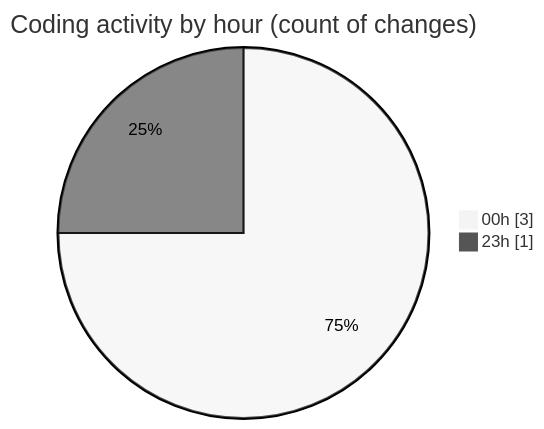
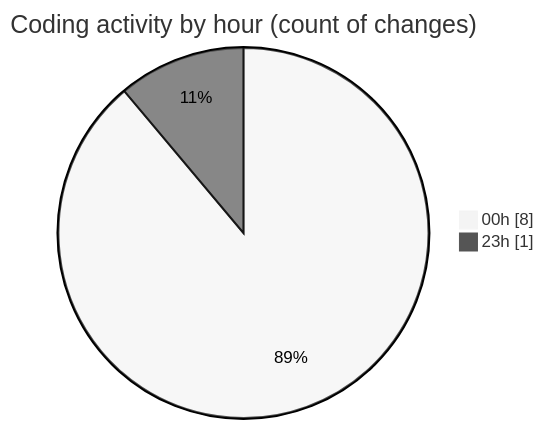
Before and after one commit to julien-gomy/code-tracking: the second of 2 diagrams in 2025-10-23/frontend-cms/README.md, drawn with Mermaid (neutral theme). The commit also changed other lines of this file and 1 other file, not shown here.

````diff
--- a/2025-10-23/frontend-cms/README.md
+++ b/2025-10-23/frontend-cms/README.md
@@ -32,6 +34,6 @@
 ```mermaid
 pie showData
 title Coding activity by hour (count of changes)
-"00h" : 3
+"00h" : 8
 "23h" : 1
 ```
````
